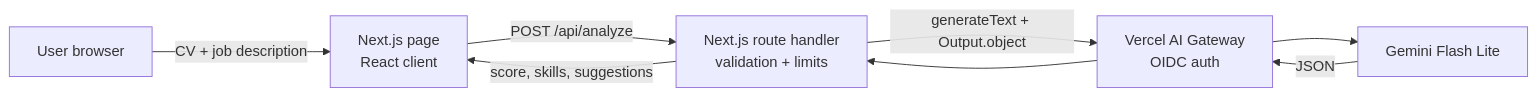
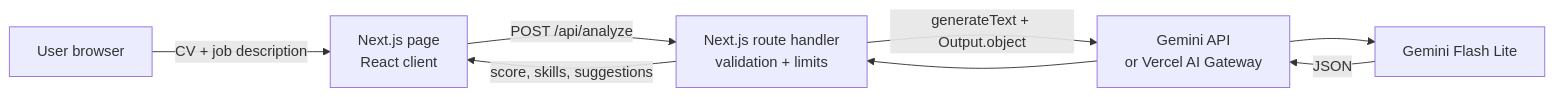
The diagram in README.md (ottonielmorais2008-rgb/ai-cv-analyzer), drawn with Mermaid before and after one commit. The commit also changed other lines of this file and 2 other files, not shown here.

Commit message:
Use Gemini API (gemini-3.5-flash-lite) when a key is set

````diff
--- a/README.md
+++ b/README.md
@@ -17,8 +17,8 @@
 ```mermaid
 flowchart LR
     U[User browser] -->|CV + job description| P[Next.js page<br/>React client]
     P -->|POST /api/analyze| R[Next.js route handler<br/>validation + limits]
-    R -->|generateText + Output.object| G[Vercel AI Gateway<br/>OIDC auth]
+    R -->|generateText + Output.object| G[Gemini API<br/>or Vercel AI Gateway]
     G --> M[Gemini Flash Lite]
     M -->|JSON| G --> R -->|score, skills, suggestions| P
 ```
````
